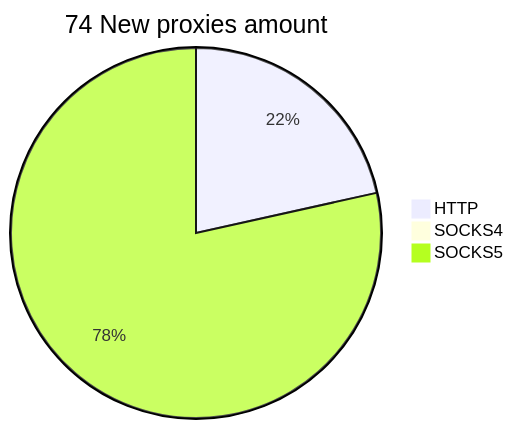
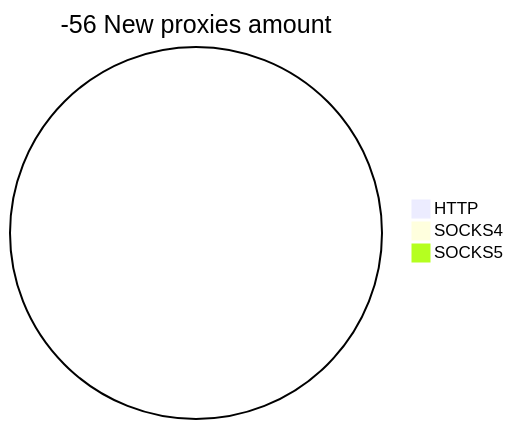
One commit to cutipu/proxylist changed the second of 2 diagrams in README.md. Above: the diagram before and after it, drawn with Mermaid. The commit also changed other lines of this file, not shown here.

````diff
--- a/README.md
+++ b/README.md
@@ -10,6 +10,6 @@
 ```mermaid
-pie title 74 New proxies amount
-    "HTTP" : 17
+pie title -56 New proxies amount
+    "HTTP" : 0
     "SOCKS4" : 0
-    "SOCKS5" : 62
+    "SOCKS5" : 0
 ```
````
